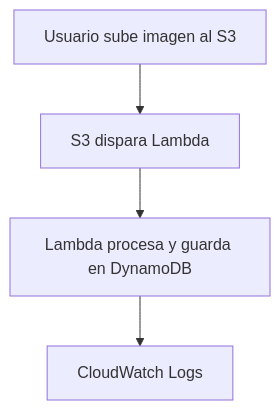
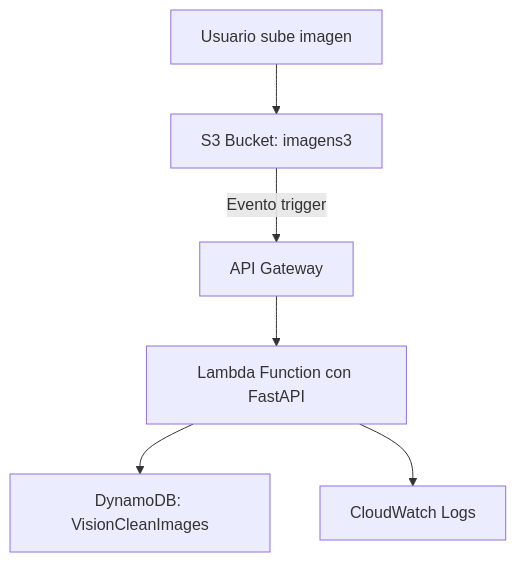
Before and after one commit to DianCarolinee/proyecto-iac: the diagram in README.md, drawn with Mermaid. The commit also changed other lines of this file, not shown here.

Commit message:
docs: actualizar README con información detallada del proyecto

````diff
--- a/README.md
+++ b/README.md
@@ -9,8 +11,8 @@
 ```mermaid
-flowchart TD
-A[Usuario sube imagen al S3] 
-  --> B[S3 dispara Lambda] 
-  --> C[Lambda procesa y guarda en DynamoDB] 
-  --> D[CloudWatch Logs]
-
+graph TD
+    A[Usuario sube imagen] --> B[S3 Bucket: imagens3]
+    B -->|Evento trigger| C[API Gateway]
+    C --> D[Lambda Function con FastAPI]
+    D --> E[DynamoDB: VisionCleanImages]
+    D --> F[CloudWatch Logs]
 ```
````
